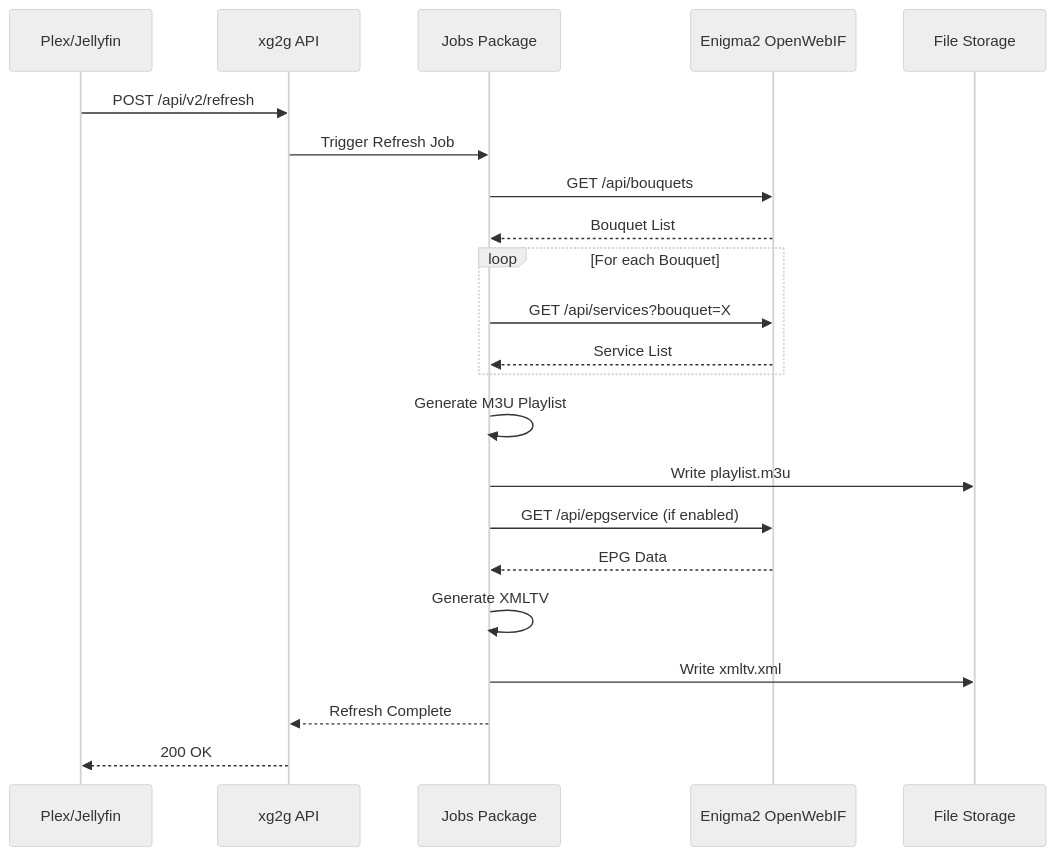
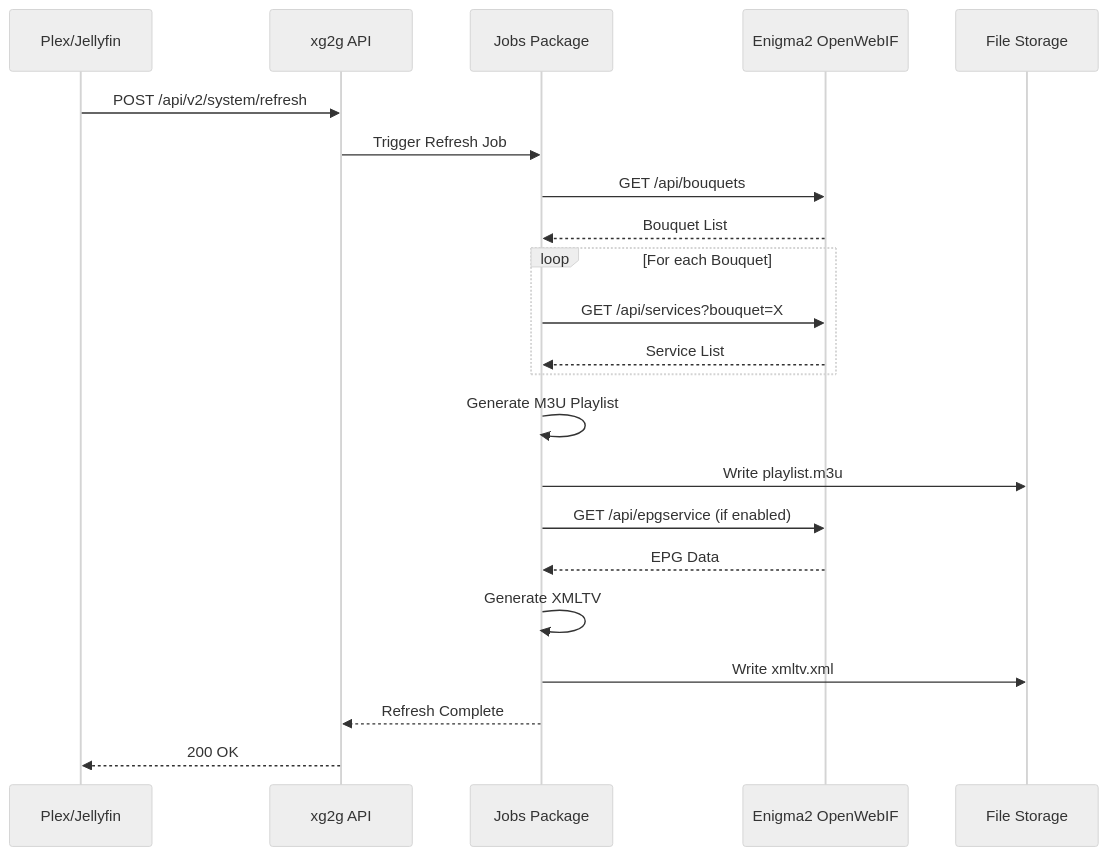
One commit to ManuGH/xg2g changed the third of 5 diagrams in docs/ARCHITECTURE.md. Above: the diagram before and after it, drawn with Mermaid (neutral theme). The commit also changed other lines of this file and 6 other files, not shown here.

````diff
--- a/docs/ARCHITECTURE.md
+++ b/docs/ARCHITECTURE.md
@@ -222,25 +234,25 @@
 ```mermaid
 sequenceDiagram
     participant Client as Plex/Jellyfin
     participant API as xg2g API
     participant Jobs as Jobs Package
     participant OWI as Enigma2 OpenWebIF
     participant Storage as File Storage
 
-    Client->>API: POST /api/v2/refresh
+    Client->>API: POST /api/v2/system/refresh
     API->>Jobs: Trigger Refresh Job
     Jobs->>OWI: GET /api/bouquets
     OWI-->>Jobs: Bouquet List
     loop For each Bouquet
         Jobs->>OWI: GET /api/services?bouquet=X
         OWI-->>Jobs: Service List
     end
     Jobs->>Jobs: Generate M3U Playlist
     Jobs->>Storage: Write playlist.m3u
     Jobs->>OWI: GET /api/epgservice (if enabled)
     OWI-->>Jobs: EPG Data
     Jobs->>Jobs: Generate XMLTV
     Jobs->>Storage: Write xmltv.xml
     Jobs-->>API: Refresh Complete
     API-->>Client: 200 OK
 ```
````
